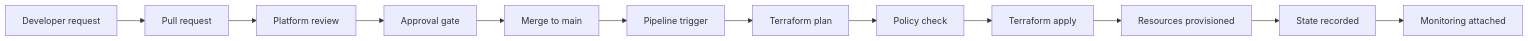
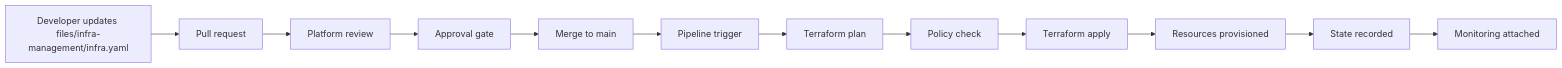
Before and after one commit to devopsforge2304/IDP-Terraform-Project: the diagram in e2e-sequence.md, drawn with Mermaid. The commit also changed 37 other files, not shown here.

Commit message:
variablised all the modules and changed the infra.yaml file positioning

````diff
--- a/e2e-sequence.md
+++ b/e2e-sequence.md
@@ -3,14 +3,14 @@
 ```mermaid
 flowchart LR
-    DevRequest[Developer request] --> PR[Pull request]
+    DevRequest[Developer updates files/infra-management/infra.yaml] --> PR[Pull request]
     PR --> PlatformReview[Platform review]
     PlatformReview --> ApprovalGate[Approval gate]
     ApprovalGate --> MergeMain[Merge to main]
     MergeMain --> PipelineTrigger[Pipeline trigger]
     PipelineTrigger --> TerraformPlan[Terraform plan]
     TerraformPlan --> PolicyCheck[Policy check]
     PolicyCheck --> TerraformApply[Terraform apply]
     TerraformApply --> ResourceProvisioned[Resources provisioned]
     ResourceProvisioned --> StateRecorded[State recorded]
     StateRecorded --> MonitoringAttached[Monitoring attached]
 ```
````
